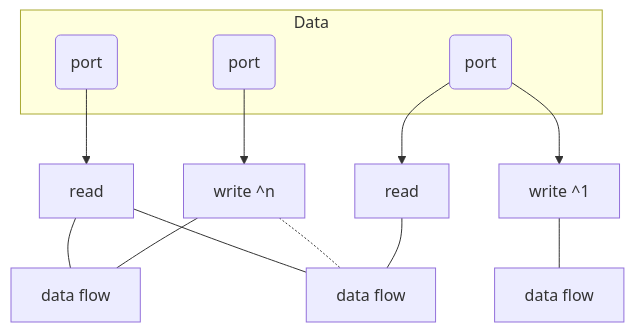
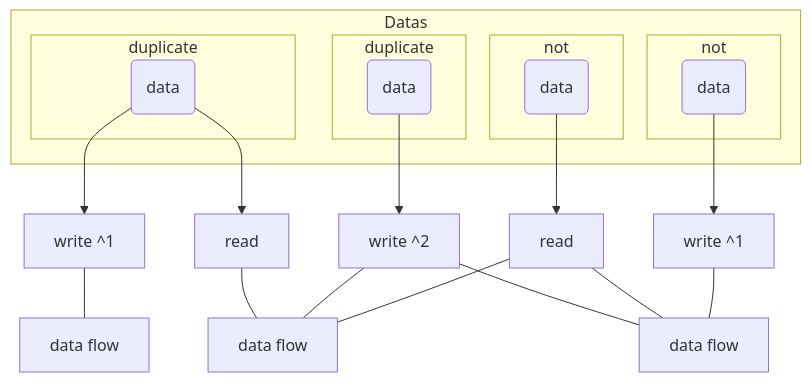
The tenth of 16 diagrams in readme.md (windwhiterain/Elf), drawn with Mermaid before and after one commit. The commit also changed other lines of this file and 2 other files, not shown here.

````diff
--- a/readme.md
+++ b/readme.md
@@ -206,18 +316,28 @@
 ```mermaid
 graph TB
-    subgraph Data
-        p1(port)
-        p2(port)
-        p3(port)
+    subgraph Datas
+        subgraph g0[not]
+            p1(data)
+        end
+        subgraph g1[not]
+            p4(data)
+        end
+        subgraph g2[duplicate]
+            p2(data)
+        end
+        subgraph g3[duplicate]
+            p3(data)
+        end
     end
     f1[data flow]
     f2[data flow]
     f3[data flow]
+    p4-->w0[write ^1]---f2
     p1-->r1[read]---f1 & f2
-    p2-->w1[write ^n]
+    p2-->w1[write ^2]
     w1---f2
-    w1-.-f1
+    w1---f1
     p3-->r2[read] & w2[write ^1]
     r2---f1
     w2---f3
 ```
````
